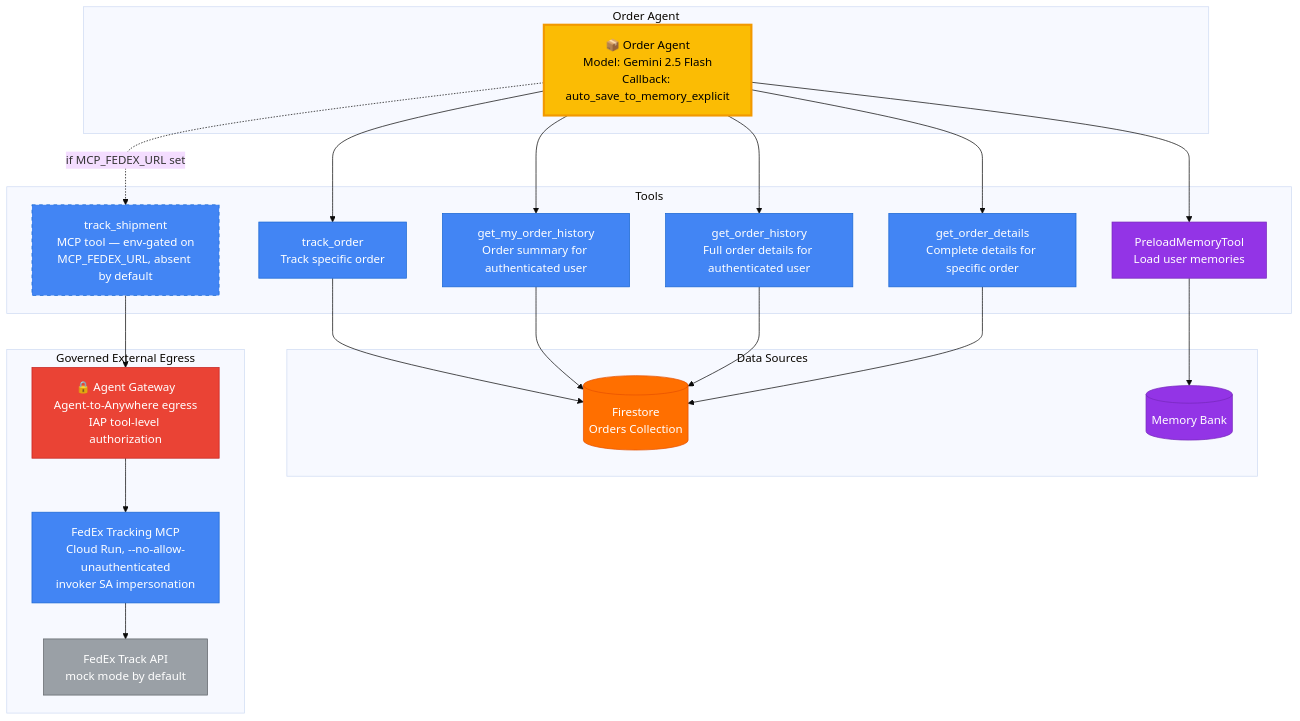
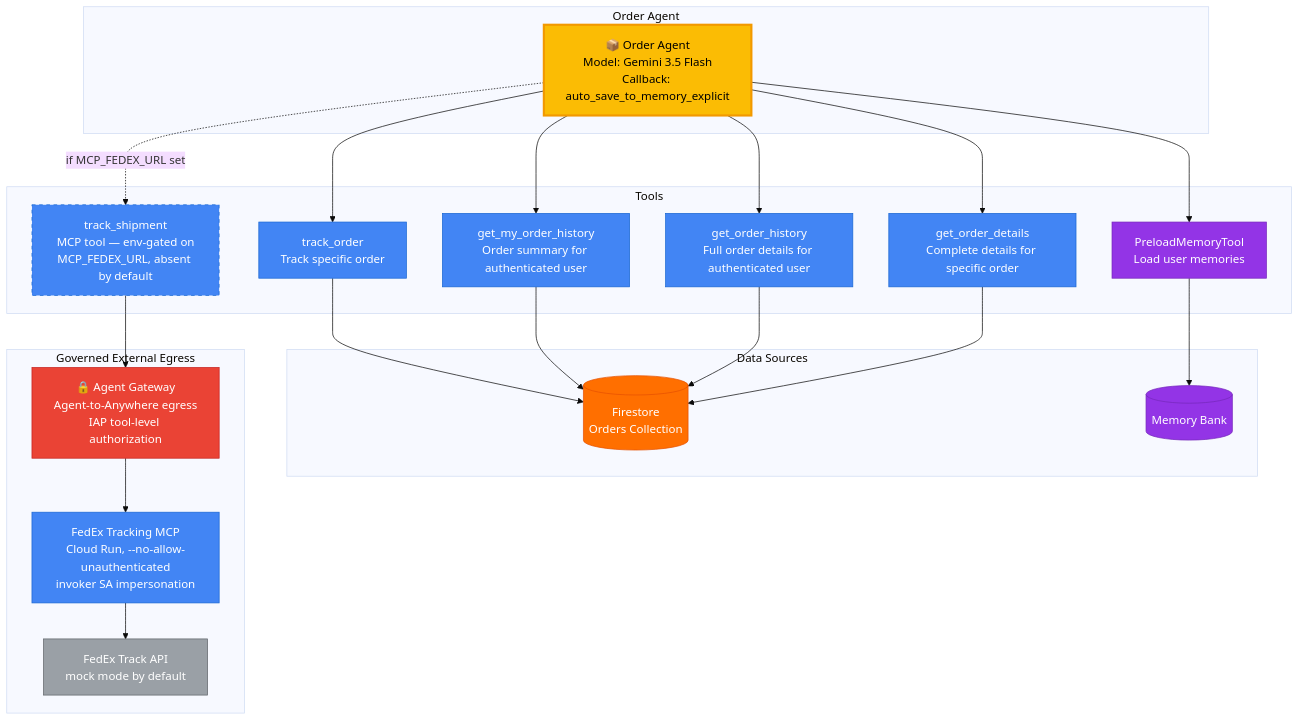
Before and after one commit to Saoussen-CH/adk-multiagent-production-template: the diagram in docs/diagrams/order-agent.mmd, drawn with Mermaid (base theme). The commit also changed 10 other files, not shown here.

First line of the commit message:
docs: update stale Gemini 2.5 Pro/Flash references to 3.5 Flash

```diff
--- a/docs/diagrams/order-agent.mmd
+++ b/docs/diagrams/order-agent.mmd
@@ -1,56 +1,56 @@
 %% Order Agent Architecture
 %% Google Cloud Platform Style
 
 graph TB
     subgraph "Order Agent"
-        Agent[📦 Order Agent<br/>Model: Gemini 2.5 Flash<br/>Callback: auto_save_to_memory_explicit]
+        Agent[📦 Order Agent<br/>Model: Gemini 3.5 Flash<br/>Callback: auto_save_to_memory_explicit]
     end
 
     subgraph "Tools"
         T0[PreloadMemoryTool<br/>Load user memories]
         T1[track_order<br/>Track specific order]
         T2[get_my_order_history<br/>Order summary for authenticated user]
         T3[get_order_history<br/>Full order details for authenticated user]
         T4[get_order_details<br/>Complete details for specific order]
         T5[track_shipment<br/>MCP tool — env-gated on<br/>MCP_FEDEX_URL, absent by default]
     end
 
     subgraph "Data Sources"
         Firestore[(Firestore<br/>Orders Collection)]
         Memory[(Memory Bank)]
     end
 
     subgraph "Governed External Egress"
         Gateway[🔒 Agent Gateway<br/>Agent-to-Anywhere egress<br/>IAP tool-level authorization]
         FedExMCP[FedEx Tracking MCP<br/>Cloud Run, --no-allow-unauthenticated<br/>invoker SA impersonation]
         FedExAPI[FedEx Track API<br/>mock mode by default]
     end
 
     Agent --> T0
     Agent --> T1
     Agent --> T2
     Agent --> T3
     Agent --> T4
     Agent -.->|if MCP_FEDEX_URL set| T5
 
     T0 --> Memory
     T1 --> Firestore
     T2 --> Firestore
     T3 --> Firestore
     T4 --> Firestore
     T5 --> Gateway
     Gateway --> FedExMCP
     FedExMCP --> FedExAPI
 
     style Agent fill:#FBBC04,stroke:#F29900,color:#000,stroke-width:3px
     style T0 fill:#9334E6,stroke:#7627BB,color:#fff
     style T1 fill:#4285F4,stroke:#1967D2,color:#fff
     style T2 fill:#4285F4,stroke:#1967D2,color:#fff
     style T3 fill:#4285F4,stroke:#1967D2,color:#fff
     style T4 fill:#4285F4,stroke:#1967D2,color:#fff
     style T5 fill:#4285F4,stroke:#1967D2,color:#fff,stroke-dasharray: 5 5
     style Firestore fill:#FF6F00,stroke:#E65100,color:#fff
     style Memory fill:#9334E6,stroke:#7627BB,color:#fff
     style Gateway fill:#EA4335,stroke:#C5221F,color:#fff
     style FedExMCP fill:#4285F4,stroke:#1967D2,color:#fff
     style FedExAPI fill:#9AA0A6,stroke:#5F6368,color:#fff
```
